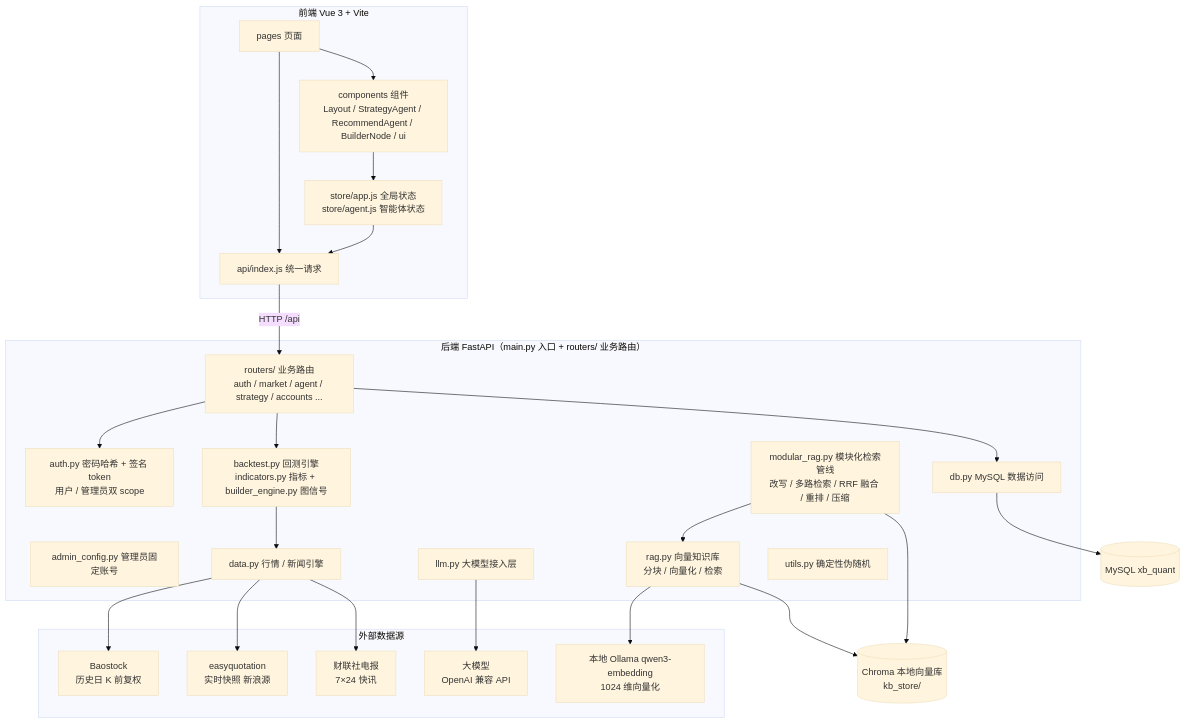
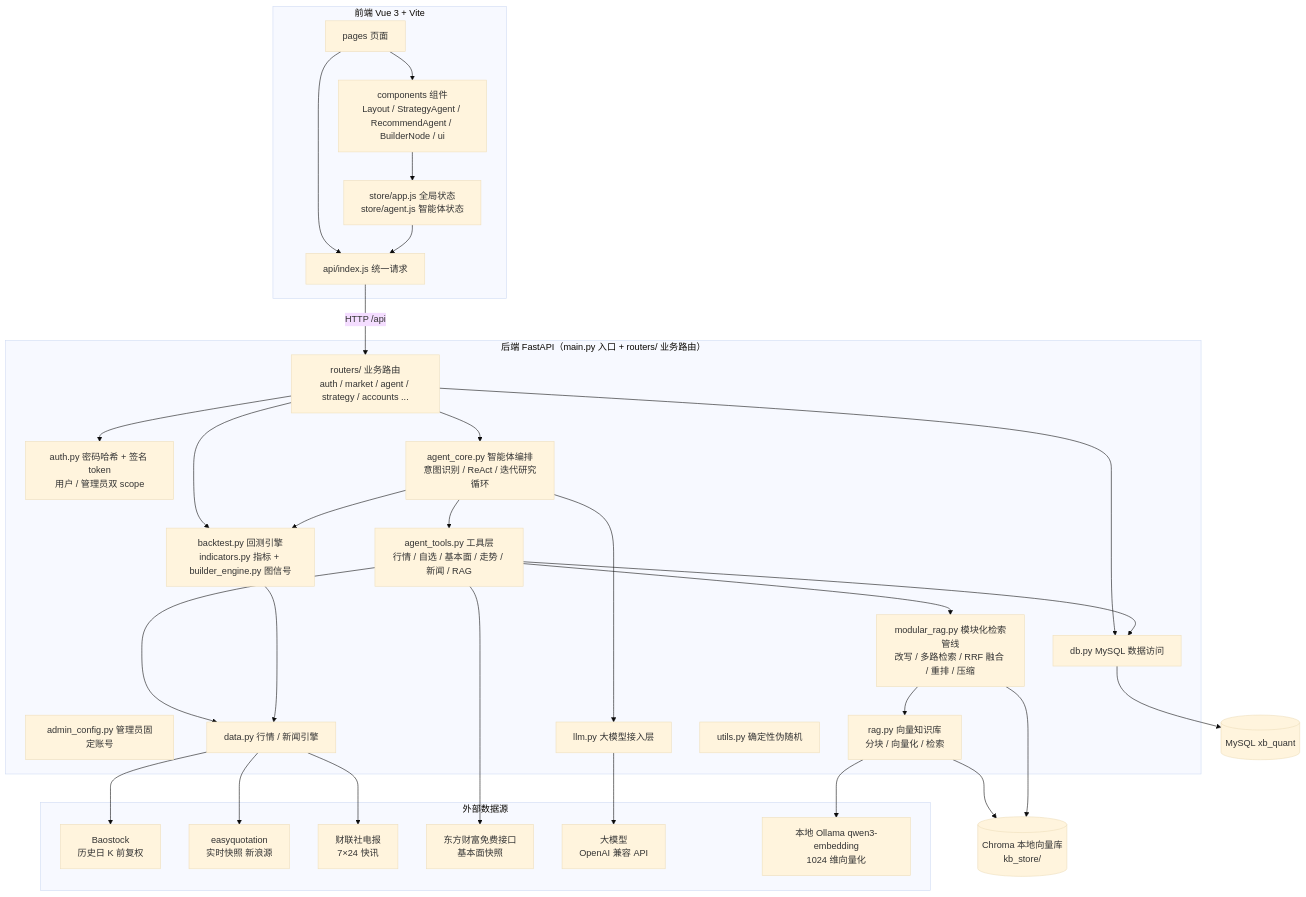
The first of 11 diagrams in README.md (Song-Yingji/Iktsuarpok), drawn with Mermaid (base theme) before and after one commit. The commit also changed other lines of this file and 16 other files, not shown here.

````diff
--- a/README.md
+++ b/README.md
@@ -311,52 +313,63 @@
 ```mermaid
 graph TB
     subgraph FE["前端 Vue 3 + Vite"]
         PAGES[pages 页面]
         COMP[components 组件<br/>Layout / StrategyAgent / RecommendAgent / BuilderNode / ui]
         APIJS[api/index.js 统一请求]
         STORE[store/app.js 全局状态<br/>store/agent.js 智能体状态]
     end
 
     subgraph BE["后端 FastAPI（main.py 入口 + routers/ 业务路由）"]
         ROUTES[routers/ 业务路由<br/>auth / market / agent / strategy / accounts ...]
         AUTH[auth.py 密码哈希 + 签名 token<br/>用户 / 管理员双 scope]
         ADMIN[admin_config.py 管理员固定账号]
         BACKTEST[backtest.py 回测引擎<br/>indicators.py 指标 + builder_engine.py 图信号]
         LLM[llm.py 大模型接入层]
+        AGENT[agent_core.py 智能体编排<br/>意图识别 / ReAct / 迭代研究循环]
+        TOOLS[agent_tools.py 工具层<br/>行情 / 自选 / 基本面 / 走势 / 新闻 / RAG]
         RAG[rag.py 向量知识库<br/>分块 / 向量化 / 检索]
         MODRAG[modular_rag.py 模块化检索管线<br/>改写 / 多路检索 / RRF 融合 / 重排 / 压缩]
         DATA[data.py 行情 / 新闻引擎]
         DB[db.py MySQL 数据访问]
         UTIL[utils.py 确定性伪随机]
     end
 
     subgraph SRC["外部数据源"]
         BS[Baostock<br/>历史日 K 前复权]
         EQ[easyquotation<br/>实时快照 新浪源]
         CLS[财联社电报<br/>7×24 快讯]
+        EM[东方财富免费接口<br/>基本面快照]
         LLMS[大模型<br/>OpenAI 兼容 API]
         EMB[本地 Ollama qwen3-embedding<br/>1024 维向量化]
     end
 
     MYSQL[(MySQL xb_quant)]
     CHROMA[(Chroma 本地向量库<br/>kb_store/)]
 
     PAGES --> COMP
     PAGES --> APIJS
     COMP --> STORE
     STORE --> APIJS
     APIJS -->|HTTP /api| ROUTES
     ROUTES --> AUTH
     ROUTES --> BACKTEST
     ROUTES --> DB
+    ROUTES --> AGENT
+    AGENT --> LLM
+    AGENT --> TOOLS
+    AGENT --> BACKTEST
+    TOOLS --> MODRAG
+    TOOLS --> DATA
+    TOOLS --> DB
+    TOOLS --> EM
     BACKTEST --> DATA
     LLM --> LLMS
     RAG --> EMB
     RAG --> CHROMA
     MODRAG --> RAG
     MODRAG --> CHROMA
     DATA --> BS
     DATA --> EQ
     DATA --> CLS
     DB --> MYSQL
 ```
````
